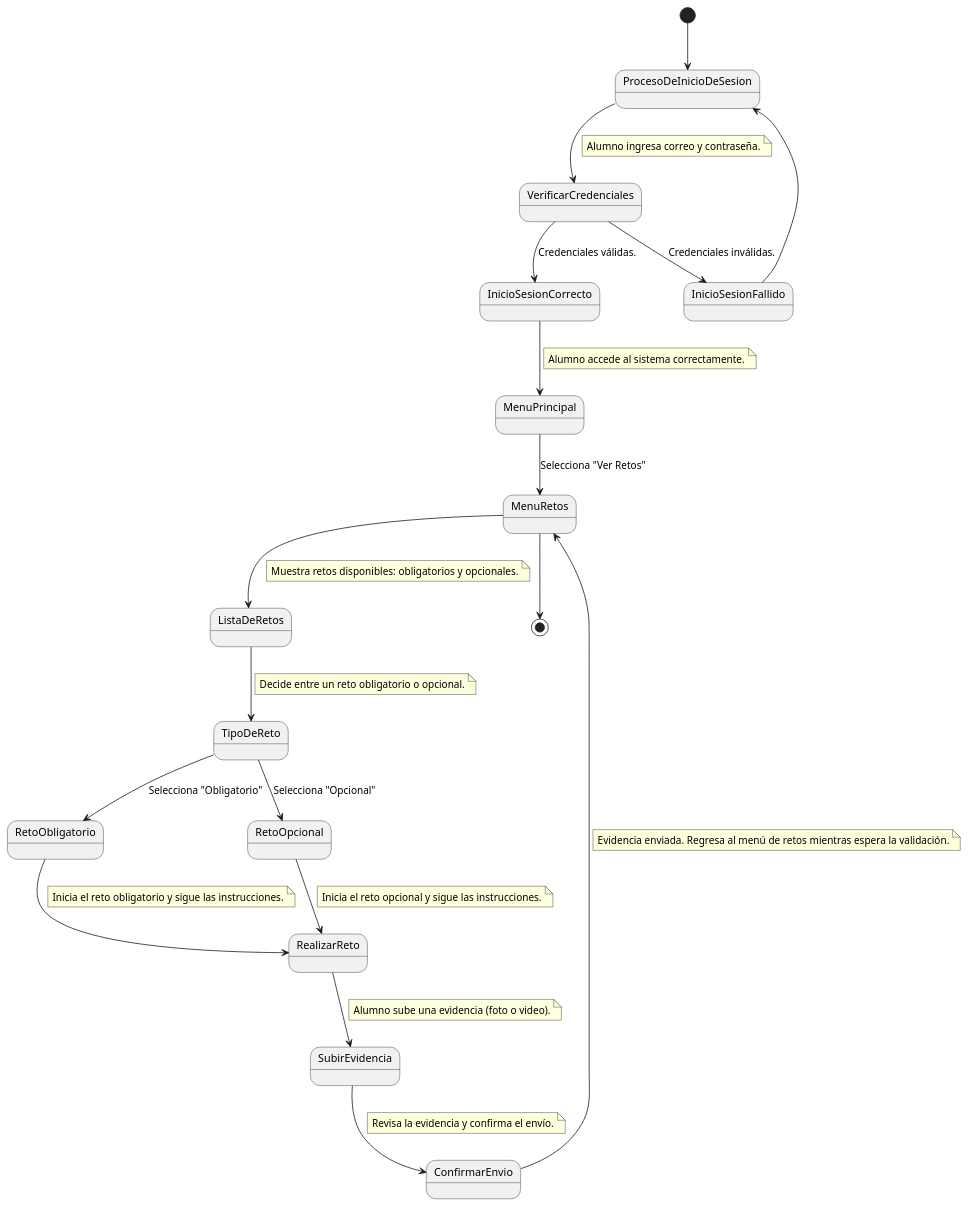
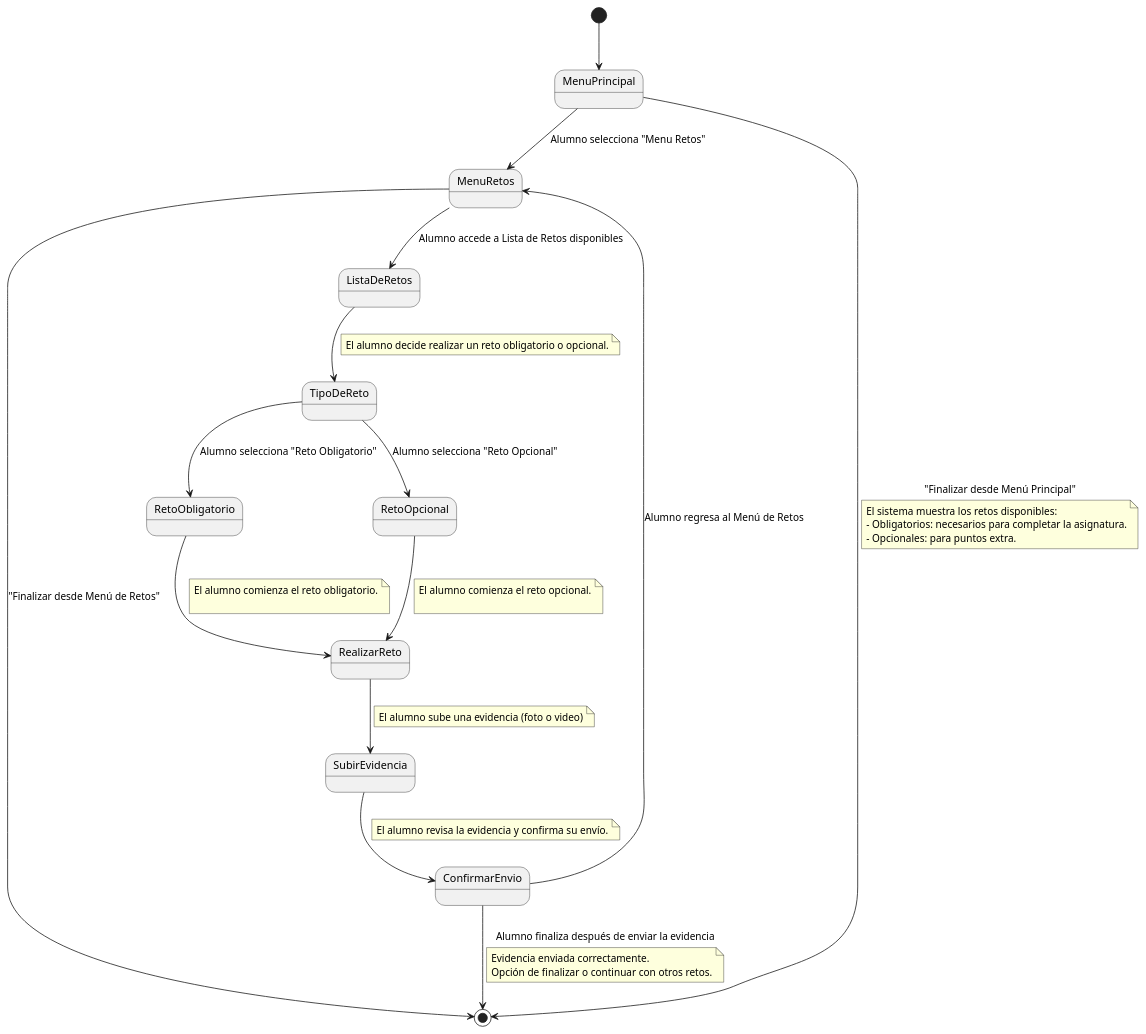
Before and after one commit to mmasias/24-25-IdSw1-SDR: the diagram in Documentos/DetallarCasosDeUso/CompletarRetos.puml, drawn with PlantUML.

```diff
--- a/Documentos/DetallarCasosDeUso/CompletarRetos.puml
+++ b/Documentos/DetallarCasosDeUso/CompletarRetos.puml
@@ -1,61 +1,56 @@
 @startuml
 
-[*] --> ProcesoDeInicioDeSesion
-ProcesoDeInicioDeSesion --> VerificarCredenciales
+[*] --> MenuPrincipal 
+
+MenuPrincipal --> MenuRetos : Alumno selecciona "Menu Retos"
+MenuPrincipal --> [*] : "Finalizar desde Menú Principal"
 note on link
-    Alumno ingresa correo y contraseña.
+    El sistema muestra los retos disponibles:
+    - Obligatorios: necesarios para completar la asignatura.
+    - Opcionales: para puntos extra.
 end note
+MenuRetos --> ListaDeRetos : Alumno accede a Lista de Retos disponibles
+MenuRetos --> [*] : "Finalizar desde Menú de Retos"
 
-state VerificarCredenciales <<choice>>
-VerificarCredenciales --> InicioSesionCorrecto : Credenciales válidas.
-VerificarCredenciales --> InicioSesionFallido : Credenciales inválidas.
-
-InicioSesionFallido --> ProcesoDeInicioDeSesion
-InicioSesionCorrecto --> MenuPrincipal
-note on link
-    Alumno accede al sistema correctamente.
-end note
-
-MenuPrincipal --> MenuRetos : Selecciona "Ver Retos"
-MenuRetos --> ListaDeRetos
-note on link
-    Muestra retos disponibles: obligatorios y opcionales.
-end note
 
 ListaDeRetos --> TipoDeReto
 note on link
-    Decide entre un reto obligatorio o opcional.
+    El alumno decide realizar un reto obligatorio o opcional.
 end note
 
 state TipoDeReto <<choice>>
-TipoDeReto --> RetoObligatorio : Selecciona "Obligatorio"
-TipoDeReto --> RetoOpcional : Selecciona "Opcional"
+TipoDeReto --> RetoObligatorio : Alumno selecciona "Reto Obligatorio"
+TipoDeReto --> RetoOpcional : Alumno selecciona "Reto Opcional"
 
 RetoObligatorio --> RealizarReto
 note on link
-    Inicia el reto obligatorio y sigue las instrucciones.
+    El alumno comienza el reto obligatorio.
+    
 end note
 
 RetoOpcional --> RealizarReto
 note on link
-    Inicia el reto opcional y sigue las instrucciones.
+    El alumno comienza el reto opcional.
+    
 end note
 
 RealizarReto --> SubirEvidencia
 note on link
-    Alumno sube una evidencia (foto o video).
+    El alumno sube una evidencia (foto o video)
 end note
 
 SubirEvidencia --> ConfirmarEnvio
 note on link
-    Revisa la evidencia y confirma el envío.
+    El alumno revisa la evidencia y confirma su envío.
 end note
 
-ConfirmarEnvio --> MenuRetos
+ConfirmarEnvio --> MenuRetos : Alumno regresa al Menú de Retos
+ConfirmarEnvio --> [*] : Alumno finaliza después de enviar la evidencia
 note on link
-    Evidencia enviada. Regresa al menú de retos mientras espera la validación.
+    Evidencia enviada correctamente. 
+    Opción de finalizar o continuar con otros retos.
 end note
 
-MenuRetos --> [*]
+
 
 @enduml
```
